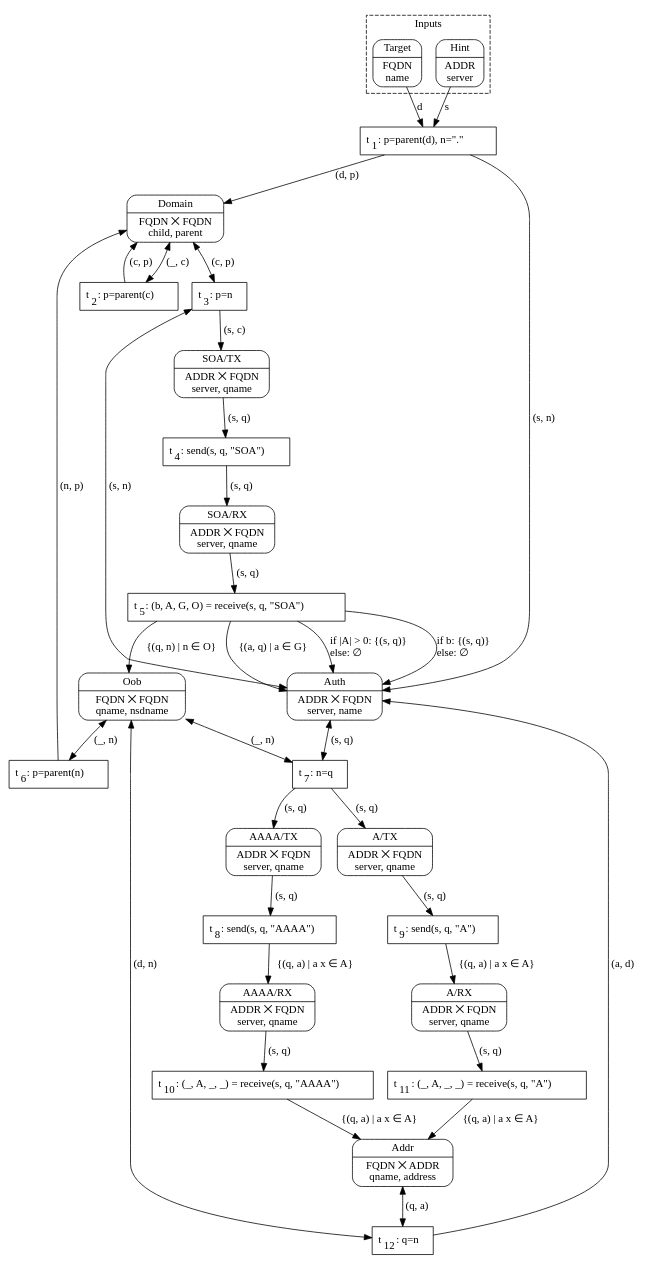
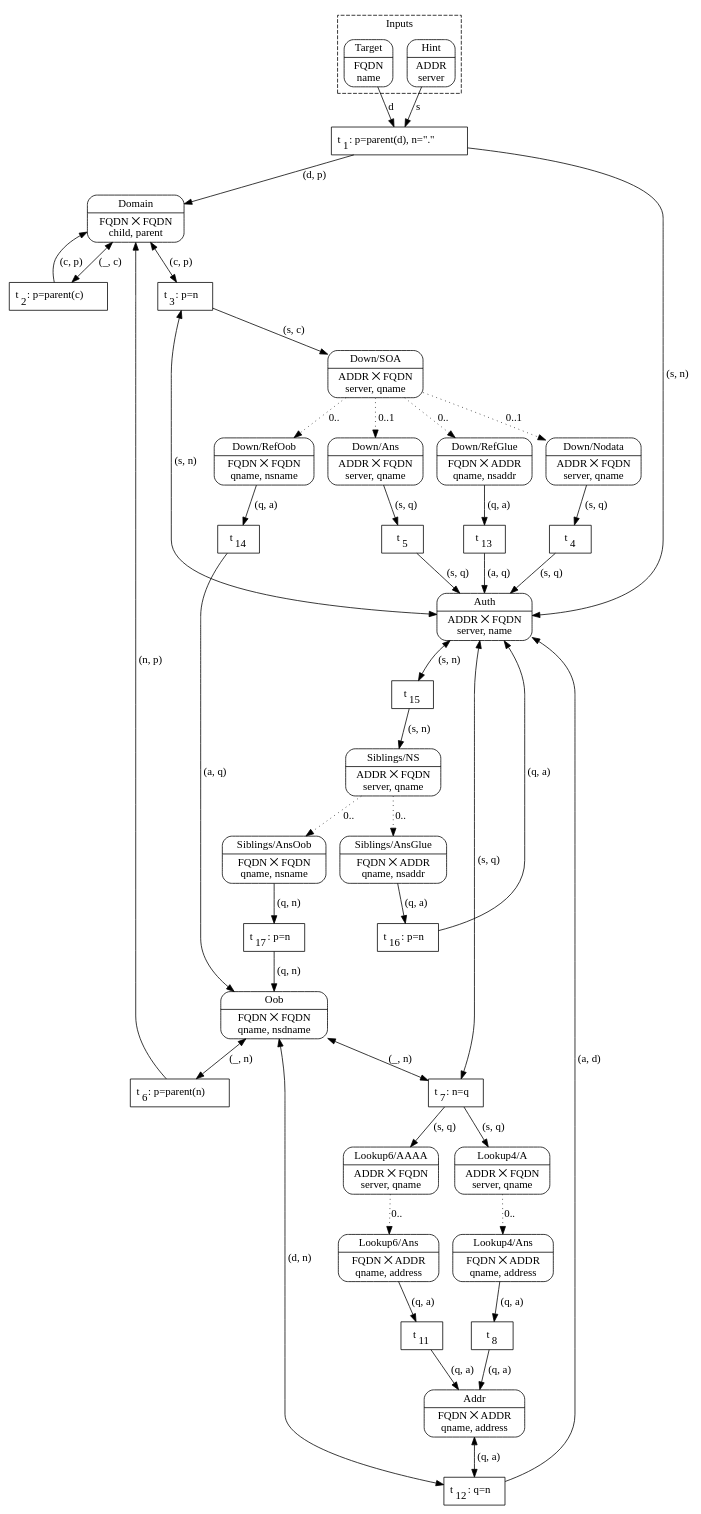
Before and after one commit to mattias-p/topo: the diagram in topo.dot, drawn with Graphviz. The commit also changed 1 other file, not shown here.

Commit message:
Lookup siblings

```diff
--- a/topo.dot
+++ b/topo.dot
@@ -1,82 +1,117 @@
 digraph Algorithm {
+    compound=true
     node [shape=Mrecord, style=filled, fillcolor=white]
 
     subgraph cluster_Inputs {
         label="Inputs"
         style="dashed"
 
         Target [label="{Target|FQDN\nname}"]
         Hint   [label="{Hint|ADDR\nserver}"]
     }
 
-    Domain  [label="{Domain|FQDN ⨉ FQDN\nchild, parent}"]
-    Auth    [label="{Auth|ADDR ⨉ FQDN\nserver, name}"]
-    SOA_tx  [label="{SOA/TX|ADDR ⨉ FQDN\nserver, qname}"]
-    SOA_rx  [label="{SOA/RX|ADDR ⨉ FQDN\nserver, qname}"]
-    Oob     [label="{Oob|FQDN ⨉ FQDN\nqname, nsdname}"]
-    A_tx    [label="{A/TX|ADDR ⨉ FQDN\nserver, qname}"]
-    A_rx    [label="{A/RX|ADDR ⨉ FQDN\nserver, qname}"]
-    AAAA_tx [label="{AAAA/TX|ADDR ⨉ FQDN\nserver, qname}"]
-    AAAA_rx [label="{AAAA/RX|ADDR ⨉ FQDN\nserver, qname}"]
-    Addr    [label="{Addr|FQDN ⨉ ADDR\nqname, address}"]
+    subgraph Down {
+        Down_send   [label="{Down/SOA|ADDR ⨉ FQDN\nserver, qname}"]
+        Down_nodata [label="{Down/Nodata|ADDR ⨉ FQDN\nserver, qname}"]
+        Down_answer [label="{Down/Ans|ADDR ⨉ FQDN\nserver, qname}"]
+        Down_glue   [label="{Down/RefGlue|FQDN ⨉ ADDR\nqname, nsaddr}"]
+        Down_oob    [label="{Down/RefOob|FQDN ⨉ FQDN\nqname, nsname}"]
+        Down_send -> Down_nodata [label="0..1", style=dotted]
+        Down_send -> Down_answer [label="0..1", style=dotted]
+        Down_send -> Down_glue [label="0..", style=dotted]
+        Down_send -> Down_oob [label="0..", style=dotted]
+    }
 
+    subgraph Siblings {
+        Siblings_send [label="{Siblings/NS|ADDR ⨉ FQDN\nserver, qname}"]
+        Siblings_glue [label="{Siblings/AnsGlue|FQDN ⨉ ADDR\nqname, nsaddr}"]
+        Siblings_oob  [label="{Siblings/AnsOob|FQDN ⨉ FQDN\nqname, nsname}"]
+        Siblings_send -> Siblings_glue [label="0..", style=dotted]
+        Siblings_send -> Siblings_oob [label="0..", style=dotted]
+    }
+
+    subgraph Lookup4 {
+        Lookup4_send   [label="{Lookup4/A|ADDR ⨉ FQDN\nserver, qname}"]
+        Lookup4_answer [label="{Lookup4/Ans|FQDN ⨉ ADDR\nqname, address}"]
+        Lookup4_send -> Lookup4_answer [label="0..", style=dotted]
+    }
+
+    subgraph Lookup6 {
+        Lookup6_send   [label="{Lookup6/AAAA|ADDR ⨉ FQDN\nserver, qname}"]
+        Lookup6_answer [label="{Lookup6/Ans|FQDN ⨉ ADDR\nqname, address}"]
+        Lookup6_send -> Lookup6_answer [label="0..", style=dotted]
+    }
+
+    Domain       [label="{Domain|FQDN ⨉ FQDN\nchild, parent}"]
+    Auth         [label="{Auth|ADDR ⨉ FQDN\nserver, name}"]
+    Oob          [label="{Oob|FQDN ⨉ FQDN\nqname, nsdname}"]
+    Addr         [label="{Addr|FQDN ⨉ ADDR\nqname, address}"]
 
     node [shape=record]
 
     Target -> t1 [label="d"]
     Hint -> t1 [label="s"]
     t1 [label=<t<SUB>1</SUB>: p=parent(d), n=".">]
     t1 -> Domain [label="(d, p)"]
     t1 -> Auth [label="(s, n)"]
 
     Domain -> t2 [label="(_, c)", dir=both]
     t2 [label=<t<SUB>2</SUB>: p=parent(c)>]
     t2 -> Domain [label="(c, p)"]
 
     Domain -> t3 [label="(c, p)", dir=both]
     Auth -> t3 [label="(s, n)", dir=both]
     t3 [label=<t<SUB>3</SUB>: p=n>]
-    t3 -> SOA_tx [label="(s, c)"]
+    t3 -> Down_send [label="(s, c)"]
 
-    SOA_tx -> t4 [label="(s, q)"]
-    t4 [label=<t<SUB>4</SUB>: send(s, q, "SOA")>]
-    t4 -> SOA_rx [label="(s, q)"]
+    Down_nodata -> t4 [label="(s, q)"]
+    t4 [label=< t<SUB>4</SUB> >]
+    t4 -> Auth [label="(s, q)"]
 
-    SOA_rx -> t5 [label="(s, q)"]
-    t5 [label=<t<SUB>5</SUB>: (b, A, G, O) = receive(s, q, "SOA")>]
-    t5 -> Auth [label="if |A| > 0: {(s, q)}\lelse: ∅\l"]
-    t5 -> Auth [label="if b: {(s, q)}\lelse: ∅\l"]
-    t5 -> Auth [label="\{(a, q) \| a ∈ G\}"]
-    t5 -> Oob [label="\{(q, n) \| n ∈ O\}"]
+    Down_answer -> t5 [label="(s, q)"]
+    t5 [label=< t<SUB>5</SUB> >]
+    t5 -> Auth [label="(s, q)"]
+
+    Down_glue -> t13 [label="(q, a)"]
+    t13 [label=< t<SUB>13</SUB> >]
+    t13 -> Auth [label="(a, q)"]
+
+    Down_oob -> t14 [label="(q, a)"]
+    t14 [label=< t<SUB>14</SUB> >]
+    t14 -> Oob [label="(a, q)"]
 
     Oob -> t6 [label="(_, n)", dir=both]
     t6 [label=<t<SUB>6</SUB>: p=parent(n)>]
     t6 -> Domain [label="(n, p)"]
 
     Oob -> t7 [label="(_, n)", dir=both]
     Auth -> t7 [label="(s, q)", dir=both]
     t7 [label=<t<SUB>7</SUB>: n=q>]
-    t7 -> AAAA_tx [label="(s, q)"]
-    t7 -> A_tx [label="(s, q)"]
+    t7 -> Lookup6_send [label="(s, q)"]
+    t7 -> Lookup4_send [label="(s, q)"]
 
-    AAAA_tx -> t8 [label="(s, q)"]
-    t8 [label=<t<SUB>8</SUB>: send(s, q, "AAAA")>]
-    t8 -> AAAA_rx [label="\{(q, a) \| a x ∈ A\}"]
+    Lookup4_answer -> t8 [label="(q, a)"]
+    t8 [label=< t<SUB>8</SUB> >]
+    t8 -> Addr [label="(q, a)"]
 
-    A_tx -> t9 [label="(s, q)"]
-    t9 [label=<t<SUB>9</SUB>: send(s, q, "A")>]
-    t9 -> A_rx [label="\{(q, a) \| a x ∈ A\}"]
-
-    AAAA_rx -> t10 [label="(s, q)"]
-    t10 [label=<t<SUB>10</SUB>: (_, A, _, _) = receive(s, q, "AAAA")>]
-    t10 -> Addr [label="\{(q, a) \| a x ∈ A\}"]
-
-    A_rx -> t11 [label="(s, q)"]
-    t11 [label=<t<SUB>11</SUB>: (_, A, _, _) = receive(s, q, "A")>]
-    t11 -> Addr [label="\{(q, a) \| a x ∈ A\}"]
+    Lookup6_answer -> t11 [label="(q, a)"]
+    t11 [label=< t<SUB>11</SUB> >]
+    t11 -> Addr [label="(q, a)"]
 
     Addr -> t12 [label="(q, a)", dir=both]
     Oob -> t12 [label="(d, n)", dir=both]
     t12 [label=<t<SUB>12</SUB>: q=n>]
     t12 -> Auth [label="(a, d)"]
+
+    Auth -> t15 [label="(s, n)", dir=both]
+    t15 [label=< t<SUB>15</SUB> >]
+    t15 -> Siblings_send [label="(s, n)"]
+
+    Siblings_glue -> t16 [label="(q, a)"]
+    t16 [label=<t<SUB>16</SUB>: p=n>]
+    t16 -> Auth [label="(q, a)"]
+
+    Siblings_oob -> t17 [label="(q, n)"]
+    t17 [label=<t<SUB>17</SUB>: p=n>]
+    t17 -> Oob [label="(q, n)"]
 } 
```
